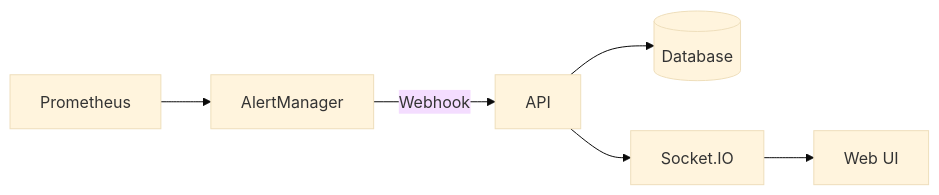
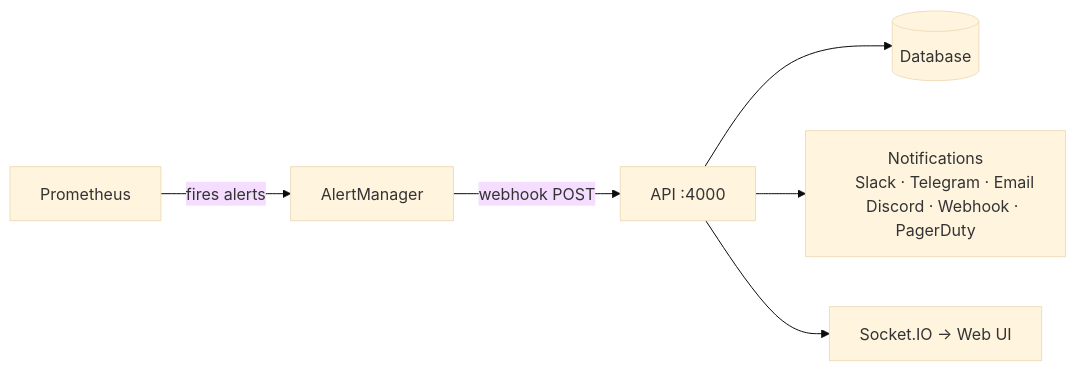
The fourth of 5 diagrams in docs-site/docs/architecture/overview.md (digin1/NodePrism), drawn with Mermaid (base theme) before and after one commit. The commit also changed other lines of this file and 6 other files, not shown here.

````diff
--- a/docs-site/docs/architecture/overview.md
+++ b/docs-site/docs/architecture/overview.md
@@ -94,8 +120,10 @@
 ```mermaid
 flowchart LR
-    P[Prometheus] --> AM[AlertManager]
-    AM --> |Webhook| API[API]
+    P["Prometheus"] --> |"fires alerts"| AM["AlertManager"]
+    AM --> |"webhook POST"| API["API :4000"]
     API --> DB[(Database)]
-    API --> WS[Socket.IO]
-    WS --> UI[Web UI]
+    API --> N["Notifications
+    Slack · Telegram · Email
+    Discord · Webhook · PagerDuty"]
+    API --> WS["Socket.IO → Web UI"]
 ```
````
